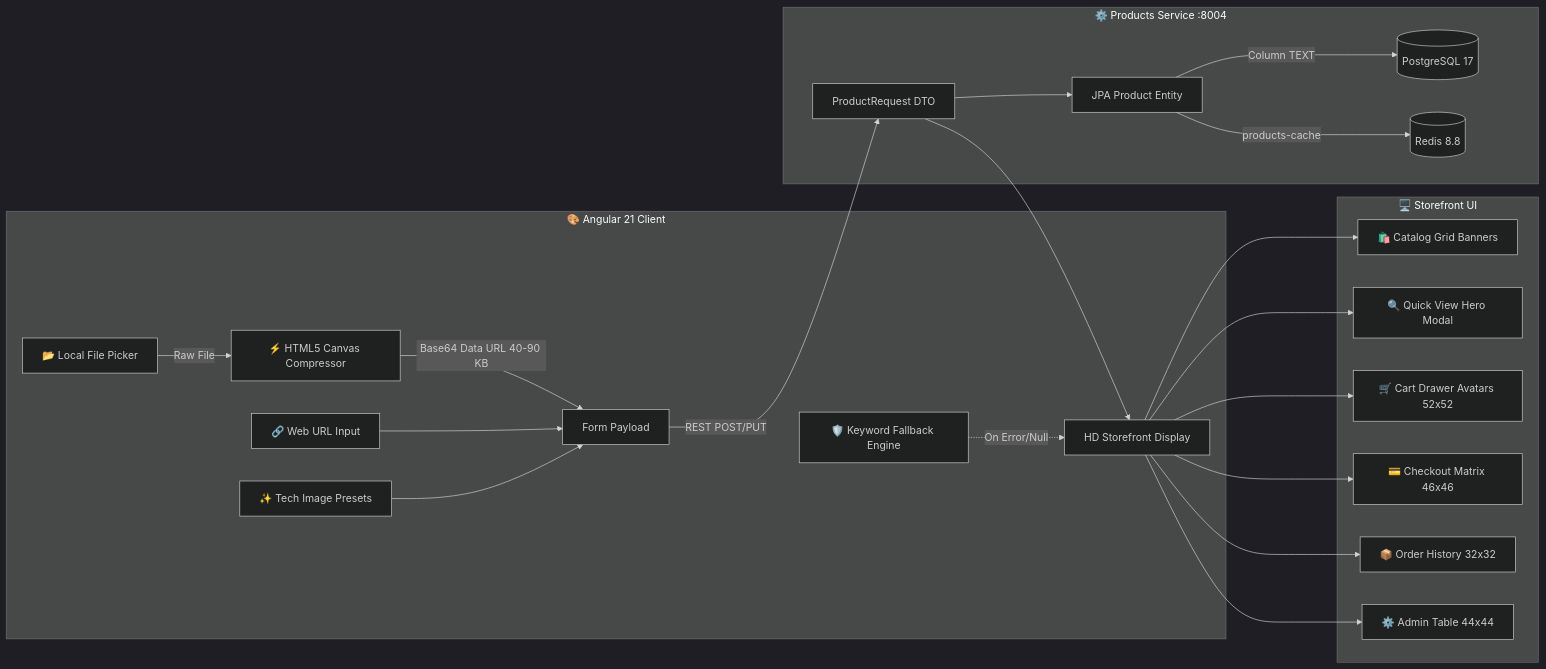
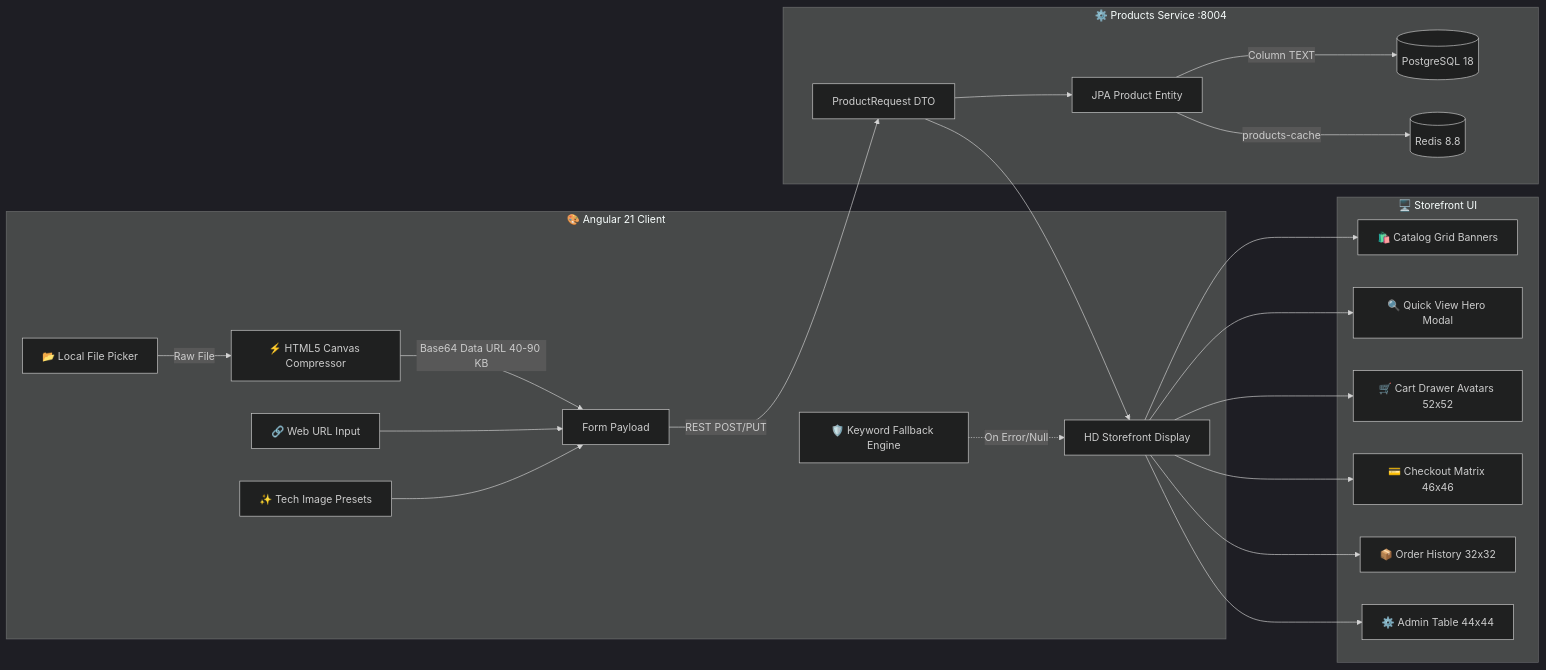
The third of 6 diagrams in docs/ARCHITECTURE.md (GeorgeGxx/microservices-architecture), drawn with Mermaid (dark theme) before and after one commit. The commit also changed other lines of this file and 9 other files, not shown here.

First line of the commit message:
feat: modernize Java 21 architecture, ZGC tuning and align platform versions

````diff
--- a/docs/ARCHITECTURE.md
+++ b/docs/ARCHITECTURE.md
@@ -255,27 +255,27 @@
 ```mermaid
 flowchart LR
     subgraph Client["🎨 Angular 21 Client"]
         A[📂 Local File Picker] -->|Raw File| B[⚡ HTML5 Canvas Compressor]
         B -->|Base64 Data URL 40-90 KB| C[Form Payload]
         D[🔗 Web URL Input] --> C
         E[✨ Tech Image Presets] --> C
         F[🛡️ Keyword Fallback Engine] -.->|On Error/Null| G[HD Storefront Display]
     end
 
     subgraph Backend["⚙️ Products Service :8004"]
         C -->|REST POST/PUT| H[ProductRequest DTO]
         H --> I[JPA Product Entity]
-        I -->|Column TEXT| J[(PostgreSQL 17)]
+        I -->|Column TEXT| J[(PostgreSQL 18)]
         I -->|products-cache| K[(Redis 8.8)]
     end
 
     subgraph Views["🖥️ Storefront UI"]
         H --> G
         G --> V1[🛍️ Catalog Grid Banners]
         G --> V2[🔍 Quick View Hero Modal]
         G --> V3[🛒 Cart Drawer Avatars 52x52]
         G --> V4[💳 Checkout Matrix 46x46]
         G --> V5[📦 Order History 32x32]
         G --> V6[⚙️ Admin Table 44x44]
     end
 ```
````
